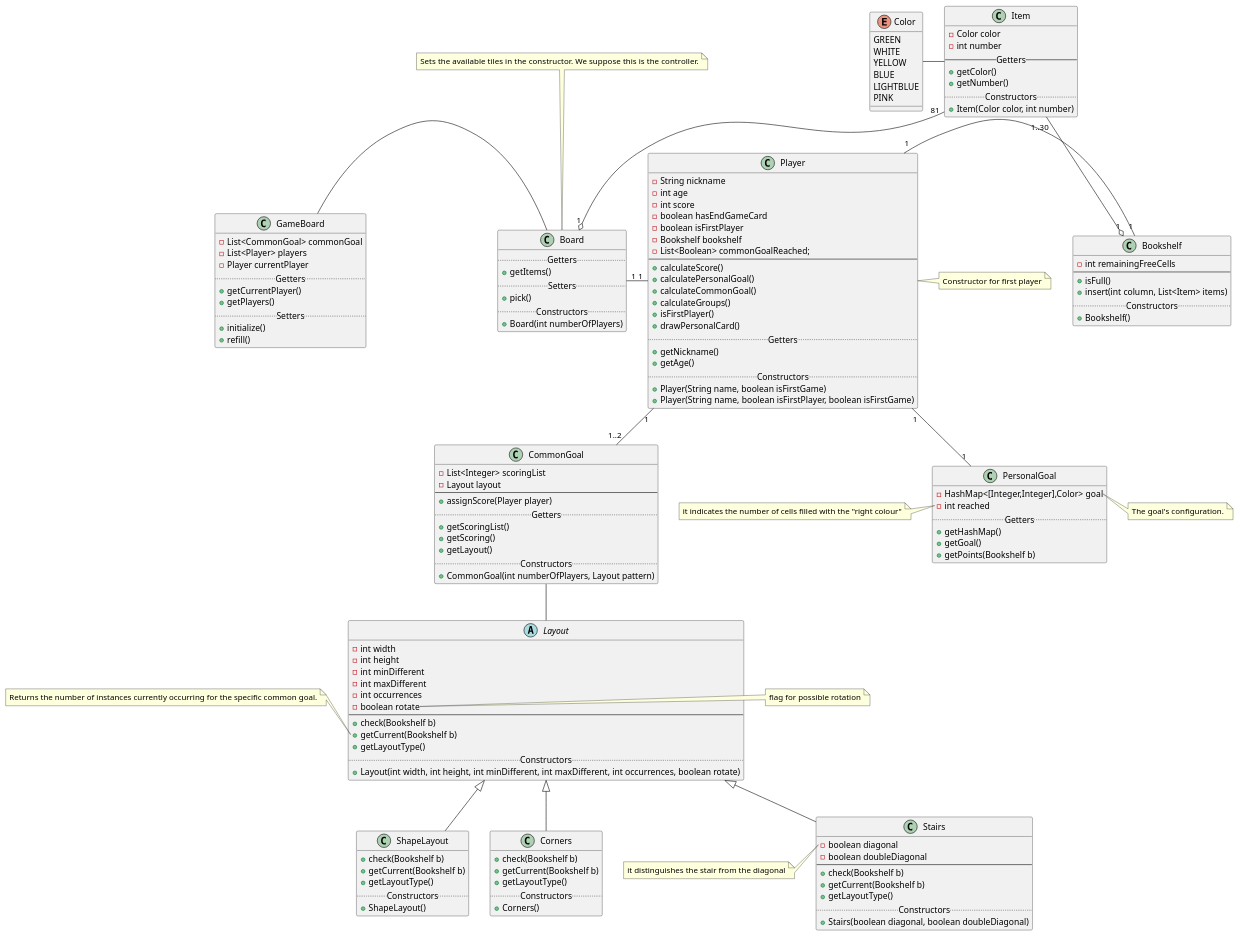
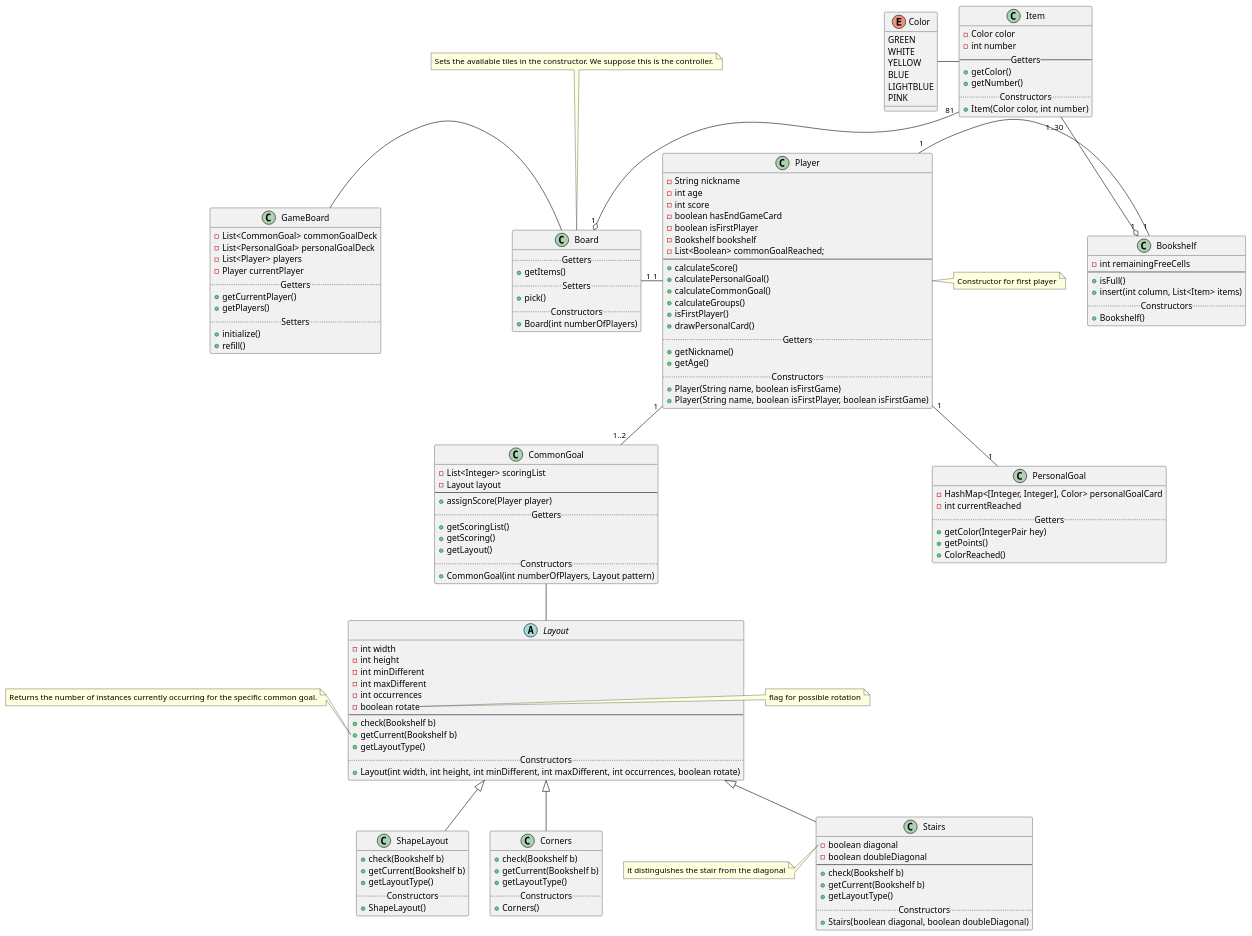
One commit to dltmtt/IS23-AM13 changed the diagram in docs/Initial class diagram.puml. Above: the diagram before and after it, drawn with PlantUML. The commit also changed 4 other files, not shown here.

Commit message:
Class creation and minor changes to the UML

```diff
--- a/docs/Initial class diagram.puml
+++ b/docs/Initial class diagram.puml
@@ -1,193 +1,194 @@
 @startuml
 'The controller will receiver the move command from the client and
 'will call remove and insert on the board and the bookshelf.
 'The link Board-Player is a static list.
 'The reference to CommonGoal (a list of 1 or 2 elements) is static.
 'The checks, like Bookshelf's checkComplete, go in the client.
 '[X] Consider aggregating the layouts (with parameters).
 '[ ] Add a method setNickname (in Player?).
 '[X] Convert Bookshelf goal in a hashMap.
 '[ ] Add a method drawCards. (in game?)
 '[ ] Add (somewhere) a check for the insertion in the bookshelf of the selection.
 '[ ] Check when the board has to be refilled. in game
 
 
 
 class Board
 note top: Sets the available tiles in the constructor. We suppose this is the controller.
 Player "1" -- "1..2" CommonGoal
 Player "1" -- "1" PersonalGoal
 Player "1" - "1" Bookshelf
 Board "1" - "1" Player
 Item "81" --o "1" Board
 Item "1..30" --o "1" Bookshelf
 Color - Item
 CommonGoal -- Layout
 GameBoard - Board
 
 class Item {
     -Color color
     -int number
     -- Getters --
     +getColor()
     +getNumber()
     .. Constructors ..
     +Item(Color color, int number)
 }
 
 class PersonalGoal {
-    -HashMap<[Integer,Integer],Color> goal
-    -int reached
-    ..Getters..
-    +getHashMap()
-    +getGoal()
-    +getPoints(Bookshelf b)
+    -HashMap<[Integer, Integer], Color> personalGoalCard
+    -int currentReached
+    .. Getters ..
+    +getColor(IntegerPair hey)
+    +getPoints()
+    +ColorReached()
 }
 
 note left of PersonalGoal::reached
     it indicates the number of cells filled with the "right colour"
 end note
 
 note right of PersonalGoal::goal
     The goal's configuration.
 end note
 
 class Player {
     -String nickname
     -int age
     -int score
     -boolean hasEndGameCard
     -boolean isFirstPlayer
     -Bookshelf bookshelf
     -List<Boolean> commonGoalReached;
     --
     +calculateScore()
     +calculatePersonalGoal()
     +calculateCommonGoal()
     +calculateGroups()
     +isFirstPlayer()
     +drawPersonalCard()
     .. Getters ..
     +getNickname()
     +getAge()
     .. Constructors ..
     +Player(String name, boolean isFirstGame)
     +Player(String name, boolean isFirstPlayer, boolean isFirstGame)
 }
 
 note right of Player
     Constructor for first player
 end note
 
 class GameBoard {
-    -List<CommonGoal> commonGoal
+    -List<CommonGoal> commonGoalDeck
+    -List<PersonalGoal> personalGoalDeck
     -List<Player> players
     -Player currentPlayer
     .. Getters ..
     +getCurrentPlayer()
     +getPlayers()
     .. Setters ..
     +initialize()
     +refill()
 }
 
 
 class Board {
     .. Getters ..
     +getItems()
     .. Setters ..
     +pick()
     .. Constructors ..
     +Board(int numberOfPlayers)
 }
 
 note left of Board::fill
     This is the initializer.
 end note
 
 class CommonGoal {
     -List<Integer> scoringList
     -Layout layout
     ---
     +assignScore(Player player)
     .. Getters ..
     +getScoringList()
     +getScoring()
     +getLayout()
     .. Constructors ..
     +CommonGoal(int numberOfPlayers, Layout pattern)
 }
 
 enum Color {
     GREEN
     WHITE
     YELLOW
     BLUE
     LIGHTBLUE
     PINK
 }
 
 class Bookshelf {
     -int remainingFreeCells
     ---
     +isFull()
 '    +getFreeCells() (inutile?)
     +insert(int column, List<Item> items)
     .. Constructors ..
     +Bookshelf()
 }
 
 abstract Layout {
     -int width
     -int height
     -int minDifferent
     -int maxDifferent
     -int occurrences
     -boolean rotate
     ---
     +check(Bookshelf b)
     +getCurrent(Bookshelf b)
     +getLayoutType()
     .. Constructors ..
     +Layout(int width, int height, int minDifferent, int maxDifferent, int occurrences, boolean rotate)
 }
 
 note right of Layout::rotate
     flag for possible rotation
 end note
 
 note left of Layout::getCurrent
     Returns the number of instances currently occurring for the specific common goal.
 end note
 
 class ShapeLayout extends Layout{
     +check(Bookshelf b)
     +getCurrent(Bookshelf b)
     +getLayoutType()
     .. Constructors ..
     +ShapeLayout()
 }
 
 class Stairs extends Layout{
     -boolean diagonal
     -boolean doubleDiagonal
     ---
     +check(Bookshelf b)
     +getCurrent(Bookshelf b)
     +getLayoutType()
     .. Constructors ..
     +Stairs(boolean diagonal, boolean doubleDiagonal)
 }
 
 note left of Stairs::diagonal
     it distinguishes the stair from the diagonal
 end note
 
 class Corners extends Layout{
     +check(Bookshelf b)
     +getCurrent(Bookshelf b)
     +getLayoutType()
     .. Constructors ..
     +Corners()
 }
 @enduml
```
